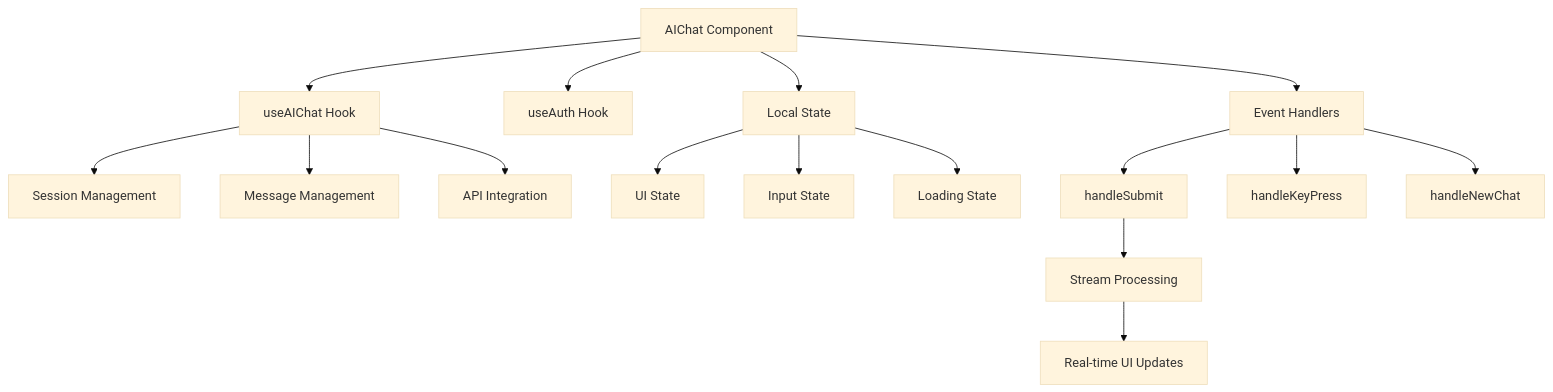
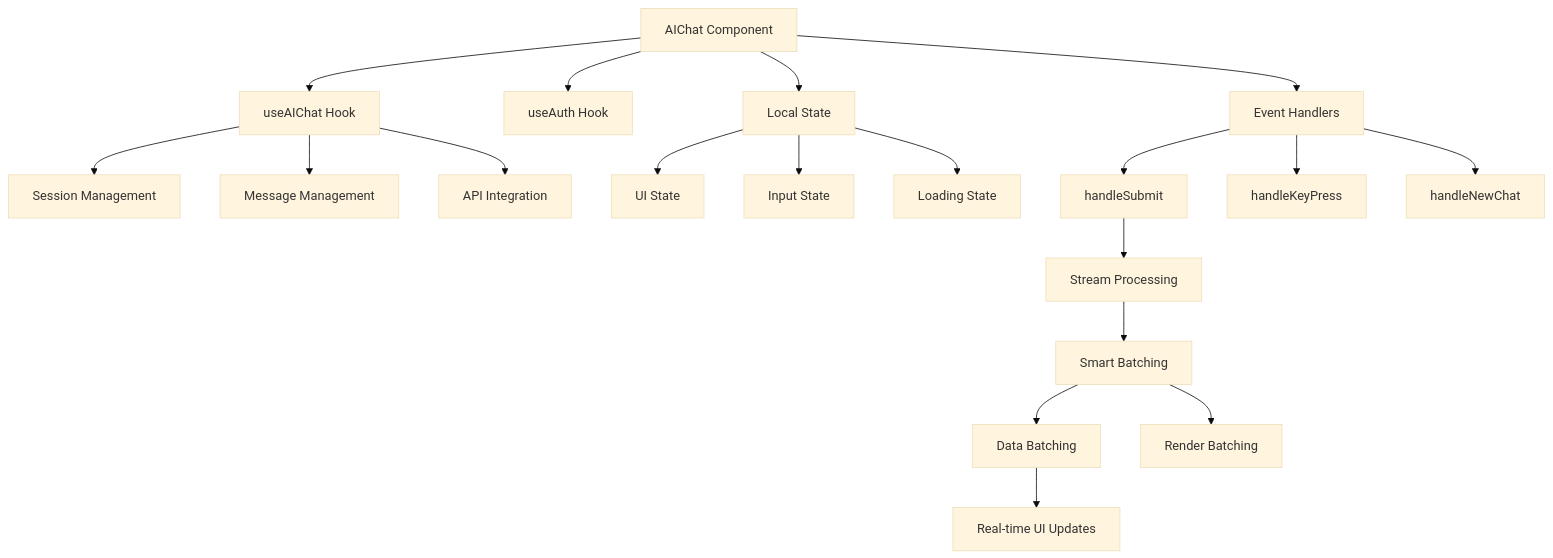
Before and after one commit to lichenxigk2002/blog-project: the second of 6 diagrams in blogFrontend/src/components/AIChat/AIChat事件循环深度解析.md, drawn with Mermaid (base theme). The commit also changed other lines of this file and 1 other file, not shown here.

````diff
--- a/blogFrontend/src/components/AIChat/AIChat事件循环深度解析.md
+++ b/blogFrontend/src/components/AIChat/AIChat事件循环深度解析.md
@@ -85,22 +89,25 @@
 ```mermaid
 graph TB
     A[AIChat Component] --> B[useAIChat Hook]
     A --> C[useAuth Hook]
     A --> D[Local State]
     
     B --> E[Session Management]
     B --> F[Message Management]
     B --> G[API Integration]
     
     D --> H[UI State]
     D --> I[Input State]
     D --> J[Loading State]
     
     A --> K[Event Handlers]
     K --> L[handleSubmit]
     K --> M[handleKeyPress]
     K --> N[handleNewChat]
     
     L --> O[Stream Processing]
-    O --> P[Real-time UI Updates]
+    O --> P[Smart Batching]
+    P --> Q[Data Batching]
+    P --> R[Render Batching]
+    Q --> S[Real-time UI Updates]
 ```
````
